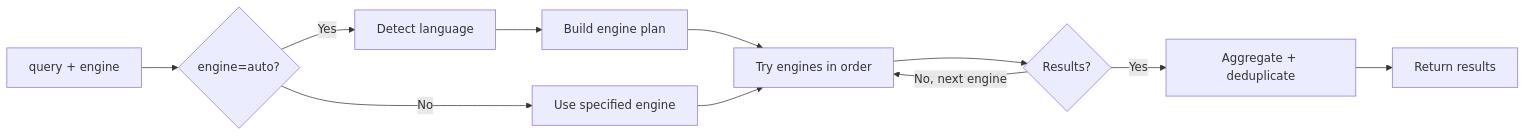
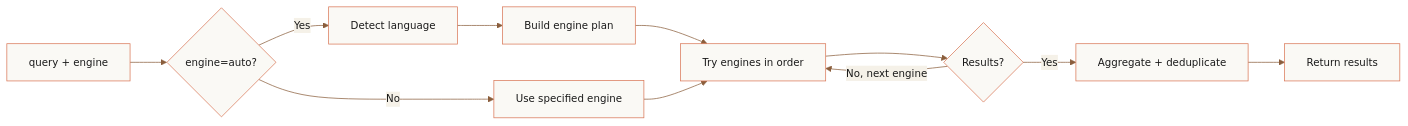
Before and after one commit to pazyork/crawl4ai-mcp: the second of 2 diagrams in README.md, drawn with Mermaid. The commit also changed other lines of this file and 3 other files, not shown here.

First line of the commit message:
style: apply Anthropic color palette to README mermaid diagrams

````diff
--- a/README.md
+++ b/README.md
@@ -66,13 +79,26 @@
 ```mermaid
+---
+config:
+  theme: base
+  themeVariables:
+    primaryColor: "#FAF9F5"
+    primaryTextColor: "#1A1A1A"
+    primaryBorderColor: "#D97757"
+    lineColor: "#8B5E3C"
+    secondaryColor: "#F5F1E8"
+    tertiaryColor: "#FAF9F5"
+    fontFamily: "ui-sans-serif, system-ui, -apple-system, sans-serif"
+    fontSize: "14px"
+---
 flowchart LR
     A[query + engine] --> B{engine=auto?}
     B -- Yes --> C[Detect language]
     C --> D[Build engine plan]
     B -- No --> E[Use specified engine]
     D --> F[Try engines in order]
     E --> F
     F --> G{Results?}
     G -- Yes --> H[Aggregate + deduplicate]
     G -- No, next engine --> F
     H --> I[Return results]
 ```
````
